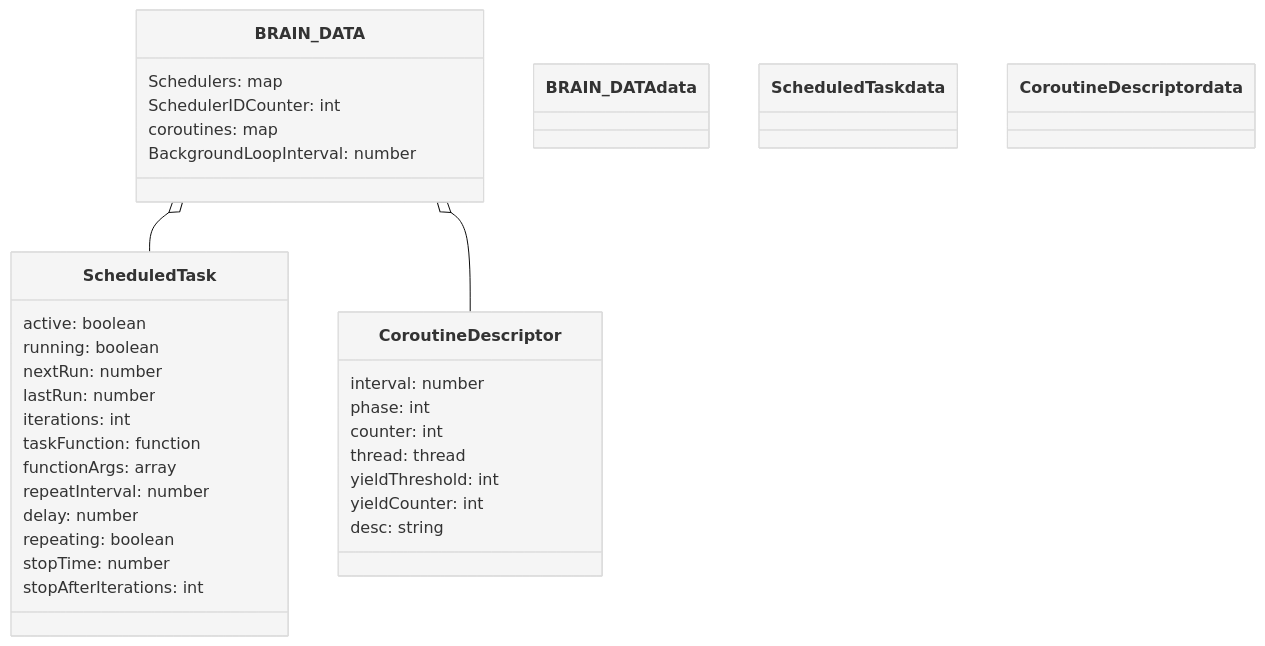
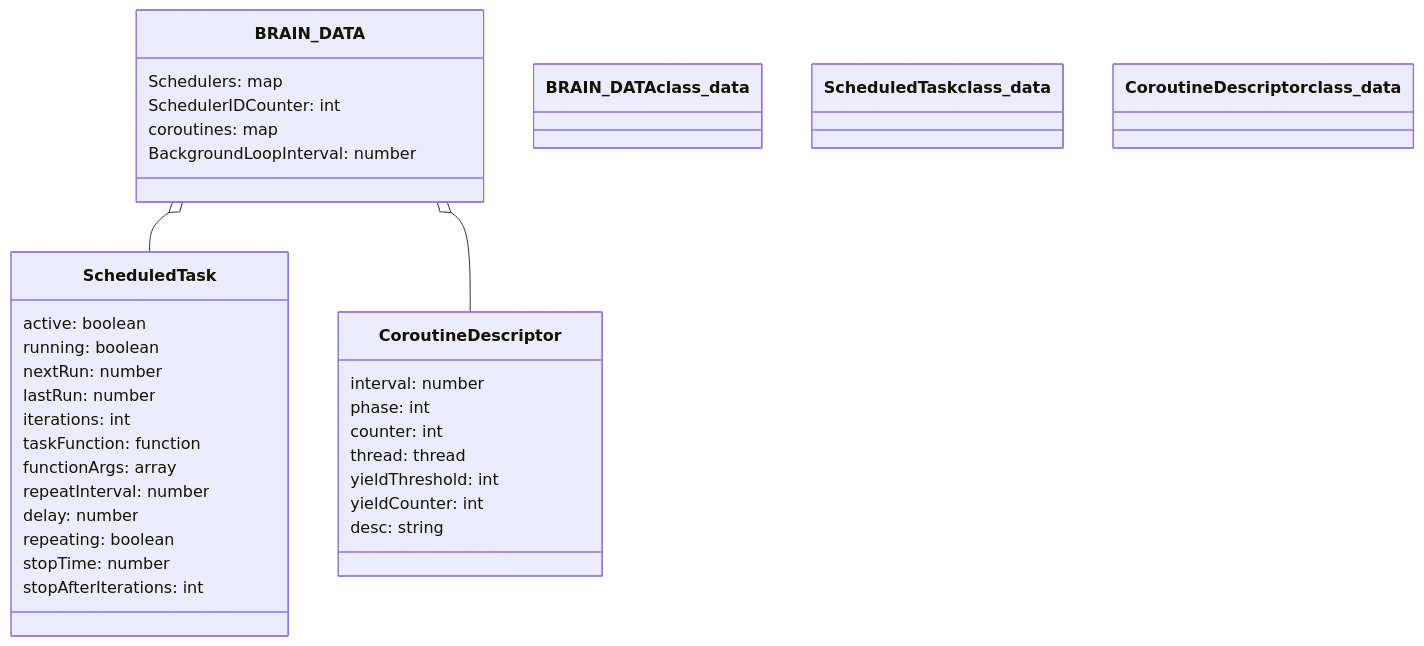
One commit to Gh0st352/AETHR changed the first of 2 diagrams in docs/brain/data_structures.md. Above: the diagram before and after it, drawn with Mermaid. The commit also changed other lines of this file and 5 other files, not shown here.

First line of the commit message:
docs(mermaid): standardize diagram labels and headers

````diff
--- a/docs/brain/data_structures.md
+++ b/docs/brain/data_structures.md
@@ -11,41 +11,41 @@
 ```mermaid
-%%{init: {"theme":"base", "themeVariables":{"primaryColor":"#f5f5f5"}}}%%
+%% shared theme: docs/_mermaid/theme.json %%
 classDiagram
   %% Simplified property types to avoid parser issues with punctuation/generics
   class BRAIN_DATA {
     Schedulers: map
     SchedulerIDCounter: int
     coroutines: map
     BackgroundLoopInterval: number
   }
   class ScheduledTask {
     active: boolean
     running: boolean
     nextRun: number
     lastRun: number
     iterations: int
     taskFunction: function
     functionArgs: array
     repeatInterval: number
     delay: number
     repeating: boolean
     stopTime: number
     stopAfterIterations: int
   }
   class CoroutineDescriptor {
     interval: number
     phase: int
     counter: int
     thread: thread
     yieldThreshold: int
     yieldCounter: int
     desc: string
   }
   BRAIN_DATA o-- ScheduledTask
   BRAIN_DATA o-- CoroutineDescriptor
 
-  classDef data fill:#f5f5f5,stroke:#bfbfbf,stroke-width:1px
-  class BRAIN_DATA data
-  class ScheduledTask data
-  class CoroutineDescriptor data
+  %% Use shared class buckets (no inline colors)
+  class BRAIN_DATA class_data
+  class ScheduledTask class_data
+  class CoroutineDescriptor class_data
 ```
````
